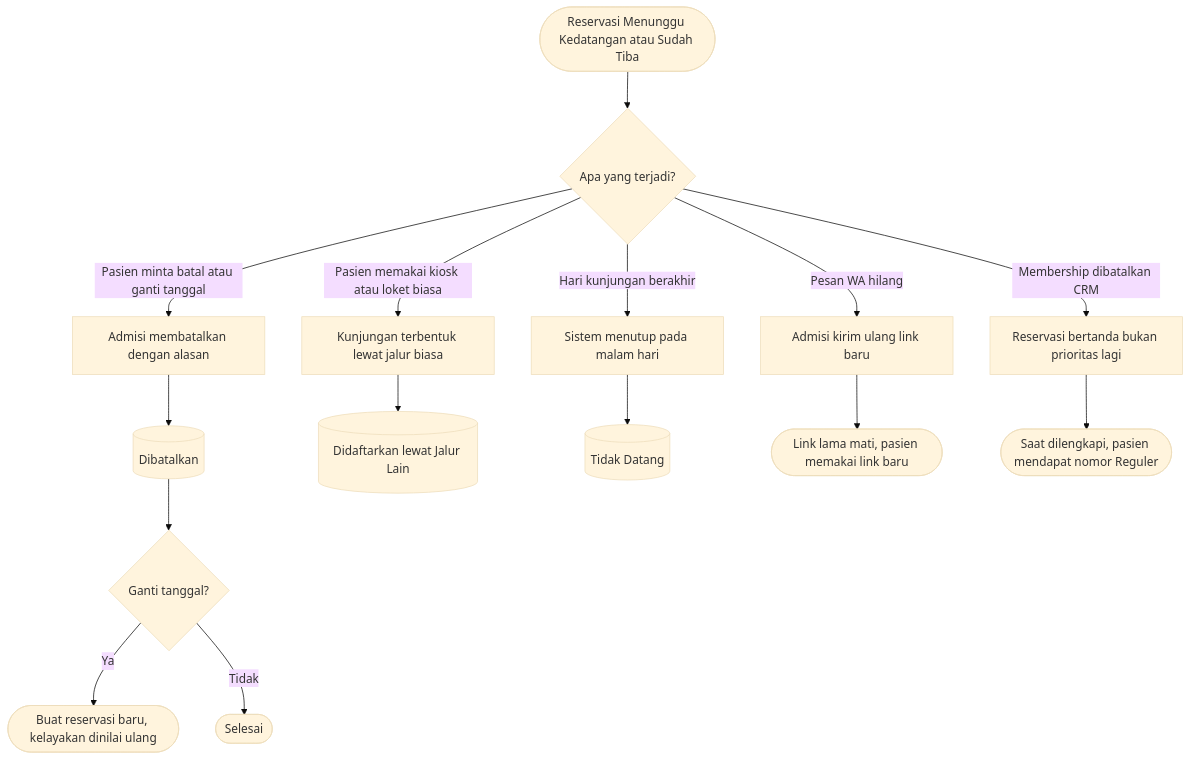
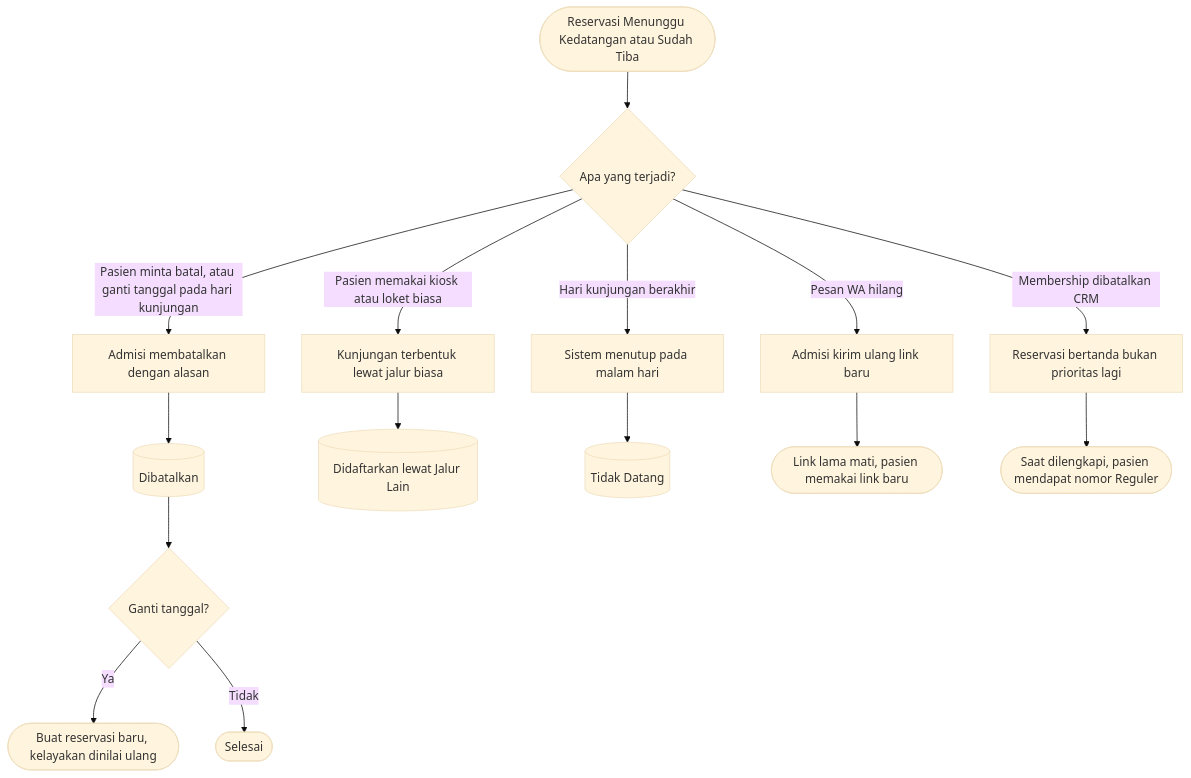
Before and after one commit to DevBenari/NewQuilvianSystemBackend: the third of 4 diagrams in docs/module-blueprints/rawat-jalan/flowcharts/reservasi-prioritas.md, drawn with Mermaid (base theme). The commit also changed other lines of this file and 29 other files, not shown here.

````diff
--- a/docs/module-blueprints/rawat-jalan/flowcharts/reservasi-prioritas.md
+++ b/docs/module-blueprints/rawat-jalan/flowcharts/reservasi-prioritas.md
@@ -96,17 +96,17 @@
 ```mermaid
 flowchart TD
     A([Reservasi Menunggu Kedatangan atau Sudah Tiba]) --> B{Apa yang terjadi?}
-    B -- Pasien minta batal atau ganti tanggal --> C[Admisi membatalkan dengan alasan]
+    B -- Pasien minta batal, atau ganti tanggal pada hari kunjungan --> C[Admisi membatalkan dengan alasan]
     C --> C1[(Dibatalkan)]
     C1 --> C2{Ganti tanggal?}
     C2 -- Ya --> C3([Buat reservasi baru, kelayakan dinilai ulang])
     C2 -- Tidak --> C4([Selesai])
     B -- Pasien memakai kiosk atau loket biasa --> D[Kunjungan terbentuk lewat jalur biasa]
     D --> D1[(Didaftarkan lewat Jalur Lain)]
     B -- Hari kunjungan berakhir --> E[Sistem menutup pada malam hari]
     E --> E1[(Tidak Datang)]
     B -- Pesan WA hilang --> F[Admisi kirim ulang link baru]
     F --> F1([Link lama mati, pasien memakai link baru])
     B -- Membership dibatalkan CRM --> G[Reservasi bertanda bukan prioritas lagi]
     G --> G1([Saat dilengkapi, pasien mendapat nomor Reguler])
 ```
````
